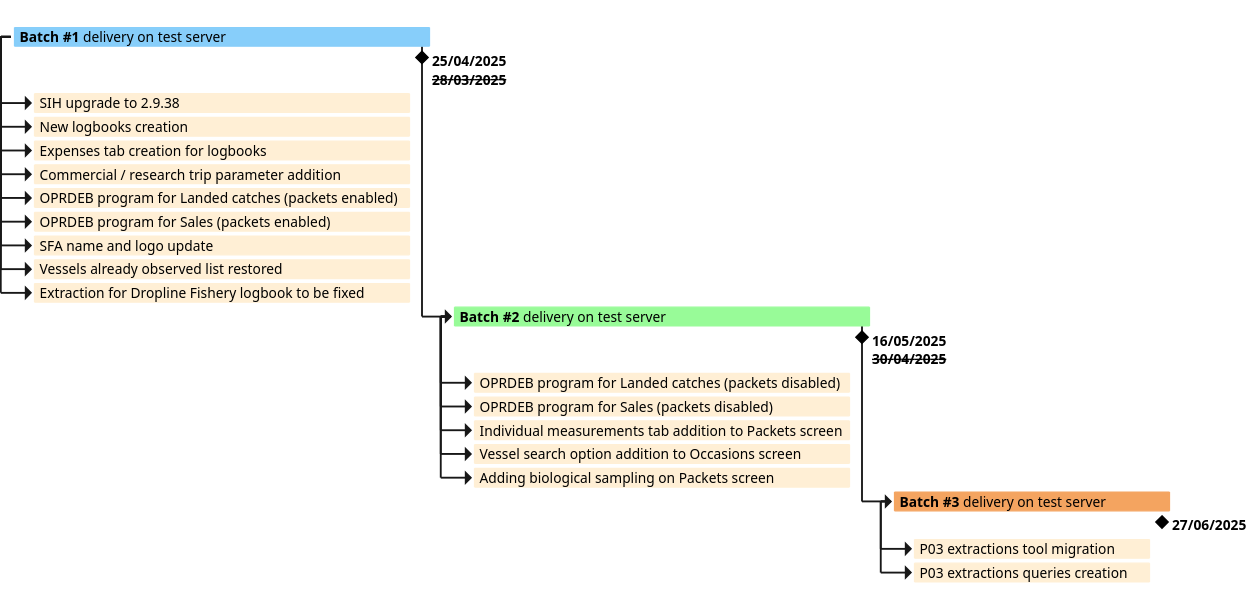
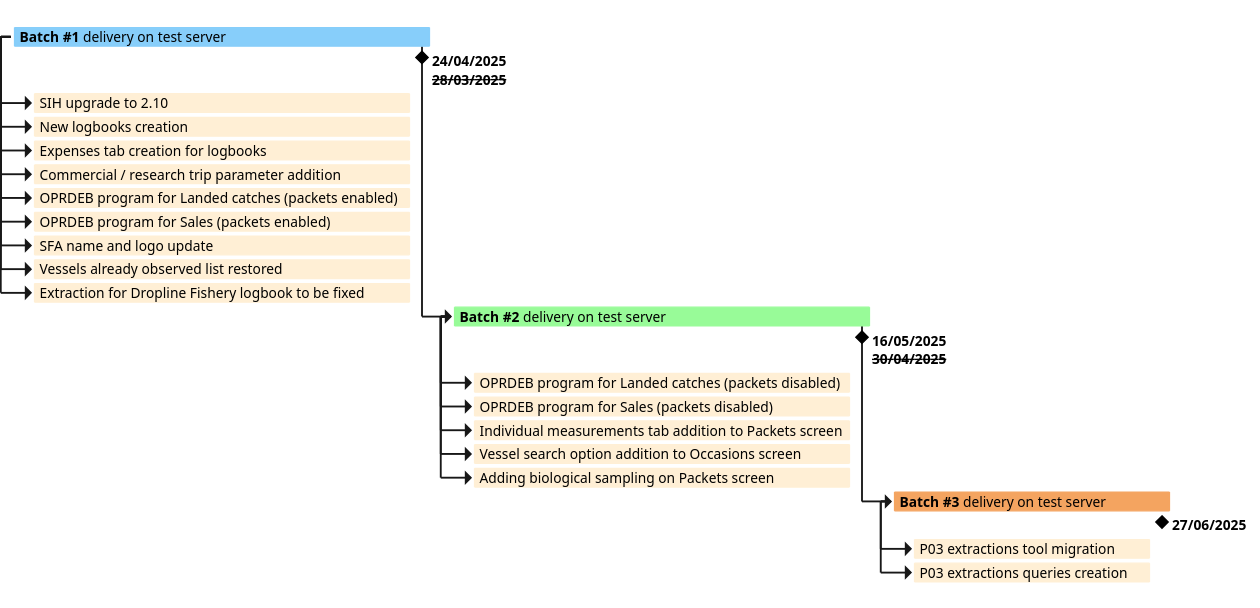
Before and after one commit to sumaris-net/sumaris-doc: the diagram in projects/sfa/crr/sfa-25-004-gantt.puml, drawn with PlantUML. The commit also changed 2 other files, not shown here.

```diff
--- a/projects/sfa/crr/sfa-25-004-gantt.puml
+++ b/projects/sfa/crr/sfa-25-004-gantt.puml
@@ -1,36 +1,36 @@
 @startgantt
     <style>
         ganttDiagram {
             timeline {
                 LineColor transparent
                 FontColor transparent
             }
             milestone {
                 FontStyle bold
             }
         }
     </style>
     hide footbox
     [**Batch #1** delivery on test server] requires 21 days and is colored in LightSkyBlue
-        [25/04/2025\n<s>28/03/2025</s>] happens at [**Batch #1** delivery on test server]'s end
-        [SIH upgrade to 2.9.38] starts 1 day after [**Batch #1** delivery on test server]'s start and lasts 19 days and is colored in PapayaWhip
+        [24/04/2025\n<s>28/03/2025</s>] happens at [**Batch #1** delivery on test server]'s end
+        [SIH upgrade to 2.10] starts 1 day after [**Batch #1** delivery on test server]'s start and lasts 19 days and is colored in PapayaWhip
         [New logbooks creation] starts 1 day after [**Batch #1** delivery on test server]'s start and lasts 19 days and is colored in PapayaWhip
         [Expenses tab creation for logbooks] starts 1 day after [**Batch #1** delivery on test server]'s start and lasts 19 days and is colored in PapayaWhip
         [Commercial / research trip parameter addition] starts 1 day after [**Batch #1** delivery on test server]'s start and lasts 19 days and is colored in PapayaWhip
         [OPRDEB program for Landed catches (packets enabled)] starts 1 day after [**Batch #1** delivery on test server]'s start and lasts 19 days and is colored in PapayaWhip
         [OPRDEB program for Sales (packets enabled)] starts 1 day after [**Batch #1** delivery on test server]'s start and lasts 19 days and is colored in PapayaWhip
         [SFA name and logo update] starts 1 day after [**Batch #1** delivery on test server]'s start and lasts 19 days and is colored in PapayaWhip
         [Vessels already observed list restored] starts 1 day after [**Batch #1** delivery on test server]'s start and lasts 19 days and is colored in PapayaWhip
         [Extraction for Dropline Fishery logbook to be fixed] starts 1 day after [**Batch #1** delivery on test server]'s start and lasts 19 days and is colored in PapayaWhip
     [**Batch #2** delivery on test server] starts 1 day after [**Batch #1** delivery on test server]'s end and requires 21 days and is colored in PaleGreen
         [16/05/2025\n<s>30/04/2025</s>] happens at [**Batch #2** delivery on test server]'s end
         [OPRDEB program for Landed catches (packets disabled)] starts 1 day after [**Batch #2** delivery on test server]'s start and lasts 19 days and is colored in PapayaWhip
         [OPRDEB program for Sales (packets disabled)] starts 1 day after [**Batch #2** delivery on test server]'s start and lasts 19 days and is colored in PapayaWhip
         [Individual measurements tab addition to Packets screen] starts 1 day after [**Batch #2** delivery on test server]'s start and lasts 19 days and is colored in PapayaWhip
         [Vessel search option addition to Occasions screen] starts 1 day after [**Batch #2** delivery on test server]'s start and lasts 19 days and is colored in PapayaWhip
         [Adding biological sampling on Packets screen] starts 1 day after [**Batch #2** delivery on test server]'s start and lasts 19 days and is colored in PapayaWhip
     [**Batch #3** delivery on test server] starts 1 day after [**Batch #2** delivery on test server]'s end and requires 14 days and is colored in SandyBrown
         [27/06/2025] happens at [**Batch #3** delivery on test server]'s end
         [P03 extractions tool migration] starts 1 day after [**Batch #3** delivery on test server]'s start and lasts 12 days and is colored in PapayaWhip
         [P03 extractions queries creation] starts 1 day after [**Batch #3** delivery on test server]'s start and lasts 12 days and is colored in PapayaWhip
 @endgantt
```
